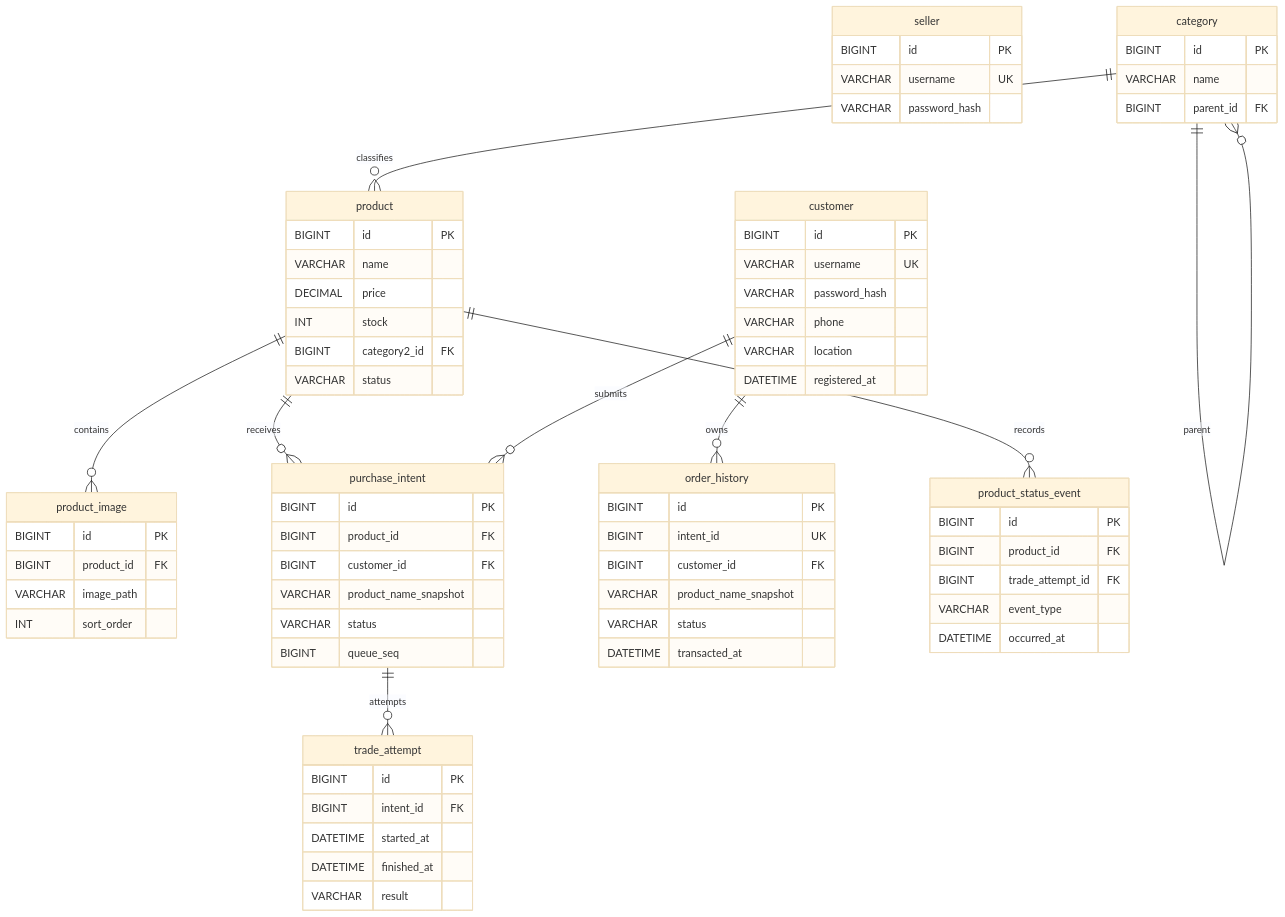
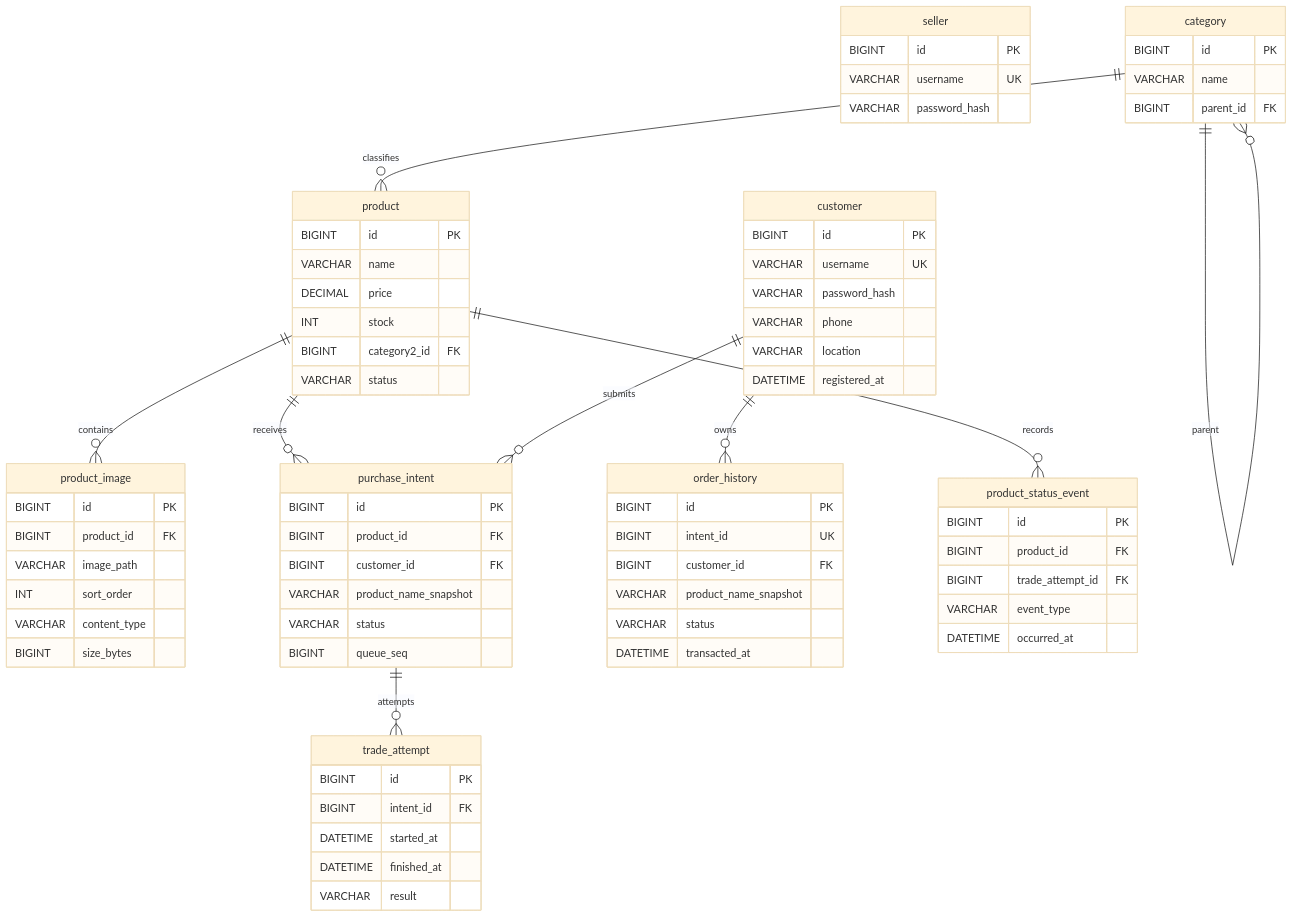
The diagram in docs/design/database.md (Wen5555/OxStore), drawn with Mermaid (base theme) before and after one commit. The commit also changed other lines of this file and 19 other files, not shown here.

````diff
--- a/docs/design/database.md
+++ b/docs/design/database.md
@@ -23,73 +23,75 @@
 ```mermaid
 erDiagram
     seller {
         BIGINT id PK
         VARCHAR username UK
         VARCHAR password_hash
     }
     customer {
         BIGINT id PK
         VARCHAR username UK
         VARCHAR password_hash
         VARCHAR phone
         VARCHAR location
         DATETIME registered_at
     }
     category {
         BIGINT id PK
         VARCHAR name
         BIGINT parent_id FK
     }
     product {
         BIGINT id PK
         VARCHAR name
         DECIMAL price
         INT stock
         BIGINT category2_id FK
         VARCHAR status
     }
     product_image {
         BIGINT id PK
         BIGINT product_id FK
         VARCHAR image_path
         INT sort_order
+        VARCHAR content_type
+        BIGINT size_bytes
     }
     purchase_intent {
         BIGINT id PK
         BIGINT product_id FK
         BIGINT customer_id FK
         VARCHAR product_name_snapshot
         VARCHAR status
         BIGINT queue_seq
     }
     trade_attempt {
         BIGINT id PK
         BIGINT intent_id FK
         DATETIME started_at
         DATETIME finished_at
         VARCHAR result
     }
     order_history {
         BIGINT id PK
         BIGINT intent_id UK
         BIGINT customer_id FK
         VARCHAR product_name_snapshot
         VARCHAR status
         DATETIME transacted_at
     }
     product_status_event {
         BIGINT id PK
         BIGINT product_id FK
         BIGINT trade_attempt_id FK
         VARCHAR event_type
         DATETIME occurred_at
     }
     category ||--o{ category : parent
     category ||--o{ product : classifies
     product ||--o{ product_image : contains
     product ||--o{ purchase_intent : receives
     customer ||--o{ purchase_intent : submits
     purchase_intent ||--o{ trade_attempt : attempts
     customer ||--o{ order_history : owns
     product ||--o{ product_status_event : records
 ```
````
